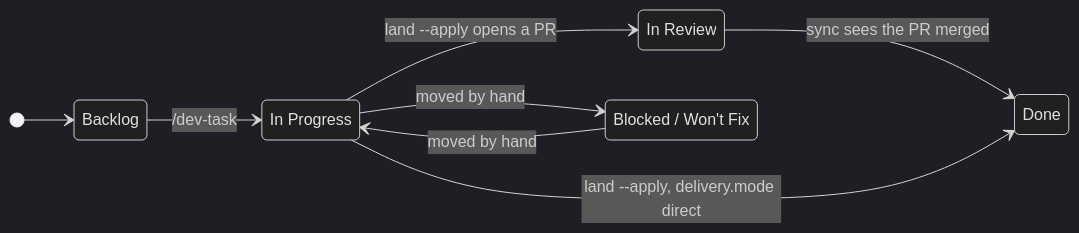
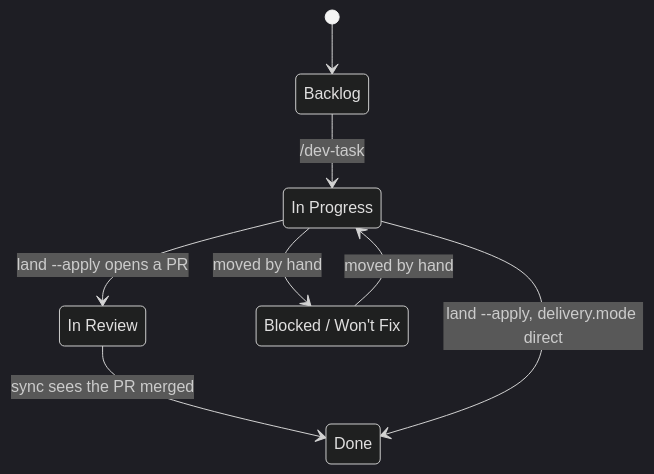
Before and after one commit to ayhid/claude-dev-workflow: the second of 2 diagrams in README.md, drawn with Mermaid (dark theme). The commit also changed other lines of this file, not shown here.

First line of the commit message:
docs(no-ticket): lay both diagrams out top-down so they fit the column

````diff
--- a/README.md
+++ b/README.md
@@ -264,16 +264,15 @@
 ```mermaid
 stateDiagram-v2
-    direction LR
     state "In Progress" as inprog
     state "In Review" as inreview
     state "Done" as finished
     state "Blocked / Won't Fix" as offladder
 
     [*] --> Backlog
     Backlog --> inprog: /dev-task
     inprog --> inreview: land --apply opens a PR
     inreview --> finished: sync sees the PR merged
     inprog --> finished: land --apply, delivery.mode direct
     inprog --> offladder: moved by hand
     offladder --> inprog: moved by hand
 ```
````
